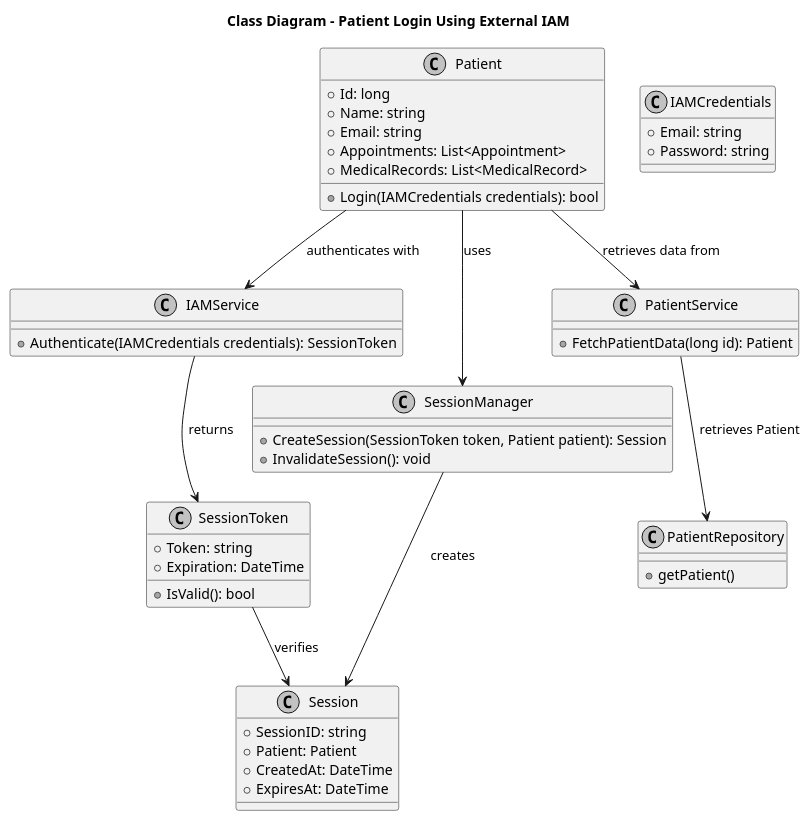
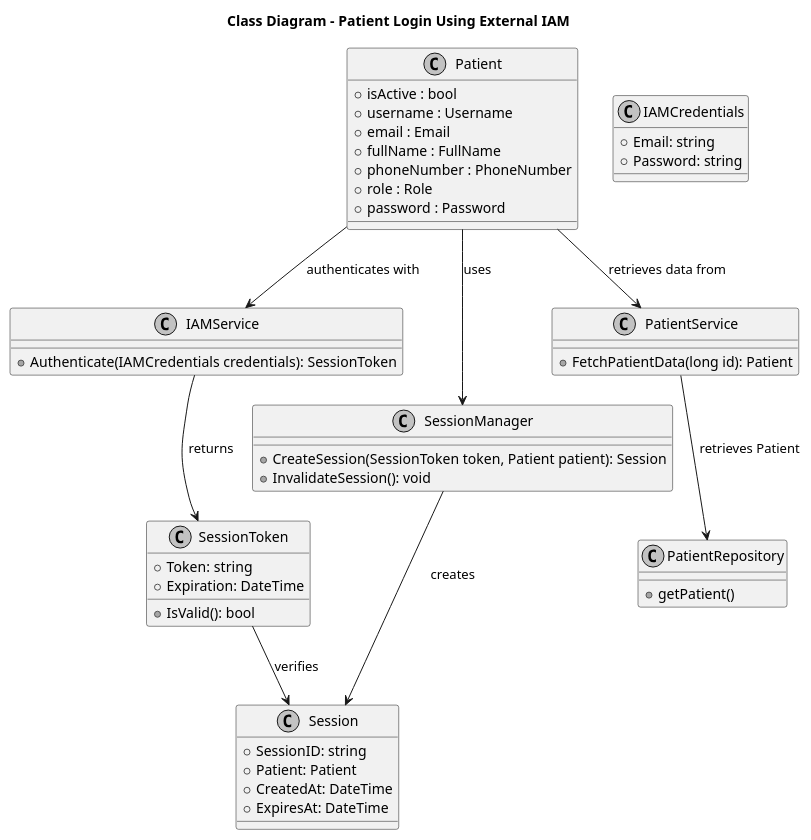
Before and after one commit to Educ00/Sem5Pi2425: the diagram in Docs/1190503/US5_1_7/us_5_1_7_class-diagram.puml, drawn with PlantUML. The commit also changed 6 other files, not shown here.

Commit message:
Sequence diagrams finished and Logical View 1.

```diff
--- a/Docs/1190503/US5_1_7/us_5_1_7_class-diagram.puml
+++ b/Docs/1190503/US5_1_7/us_5_1_7_class-diagram.puml
@@ -1,59 +1,60 @@
 @startuml
 skinparam monochrome true
 skinparam shadowing false
 
 title Class Diagram - Patient Login Using External IAM
 
 class Patient {
-    +Id: long
-    +Name: string
-    +Email: string
-    +Appointments: List<Appointment>
-    +MedicalRecords: List<MedicalRecord>
-    +Login(IAMCredentials credentials): bool
-}
+    +isActive : bool
+    +username : Username
+    +email : Email
+    +fullName : FullName
+    +phoneNumber : PhoneNumber
+    +role : Role
+    +password : Password
+}   
 
 class IAMService {
     +Authenticate(IAMCredentials credentials): SessionToken
 }
 
 class IAMCredentials {
     +Email: string
     +Password: string
 }
 
 class SessionToken {
     +Token: string
     +Expiration: DateTime
     +IsValid(): bool
 }
 
 class SessionManager {
     +CreateSession(SessionToken token, Patient patient): Session
     +InvalidateSession(): void
 }
 
 class Session {
     +SessionID: string
     +Patient: Patient
     +CreatedAt: DateTime
     +ExpiresAt: DateTime
 }
 
 class PatientService {
     +FetchPatientData(long id): Patient
 }
 
 class PatientRepository {
     +getPatient()
 }
 
 Patient --> SessionManager : uses
 IAMService --> SessionToken : returns
 SessionManager --> Session : creates
 Patient --> IAMService : authenticates with
 Patient --> PatientService : retrieves data from
 SessionToken --> Session : verifies
 PatientService --> PatientRepository : retrieves Patient
 
 @enduml
```
